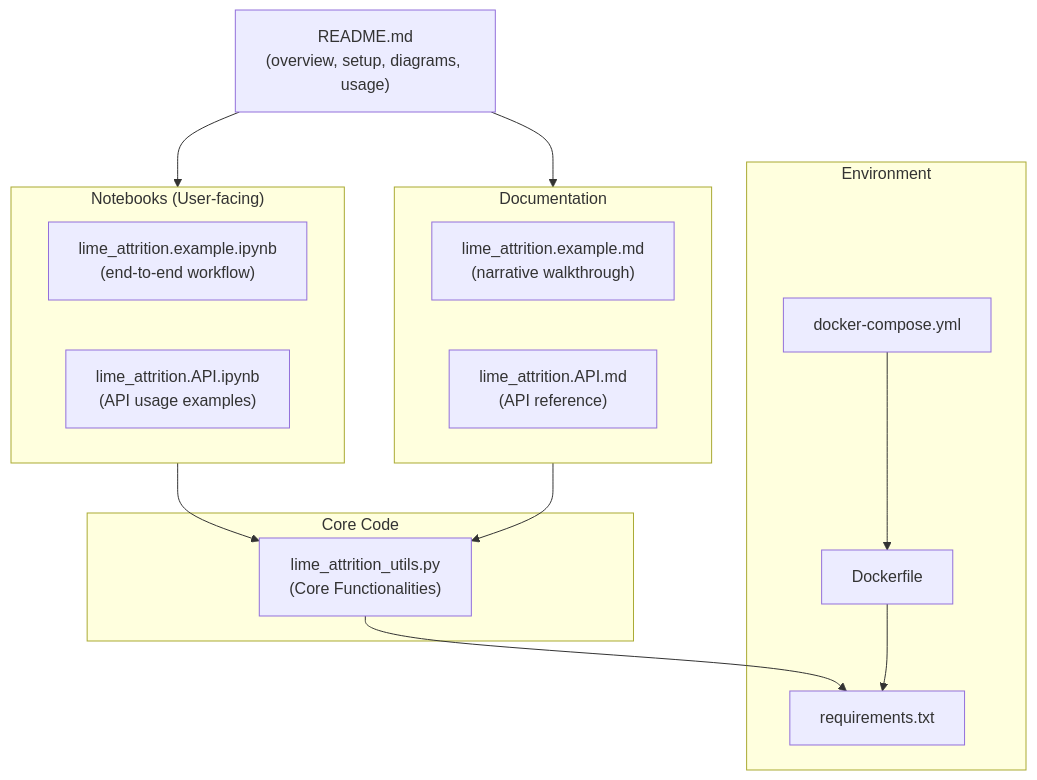
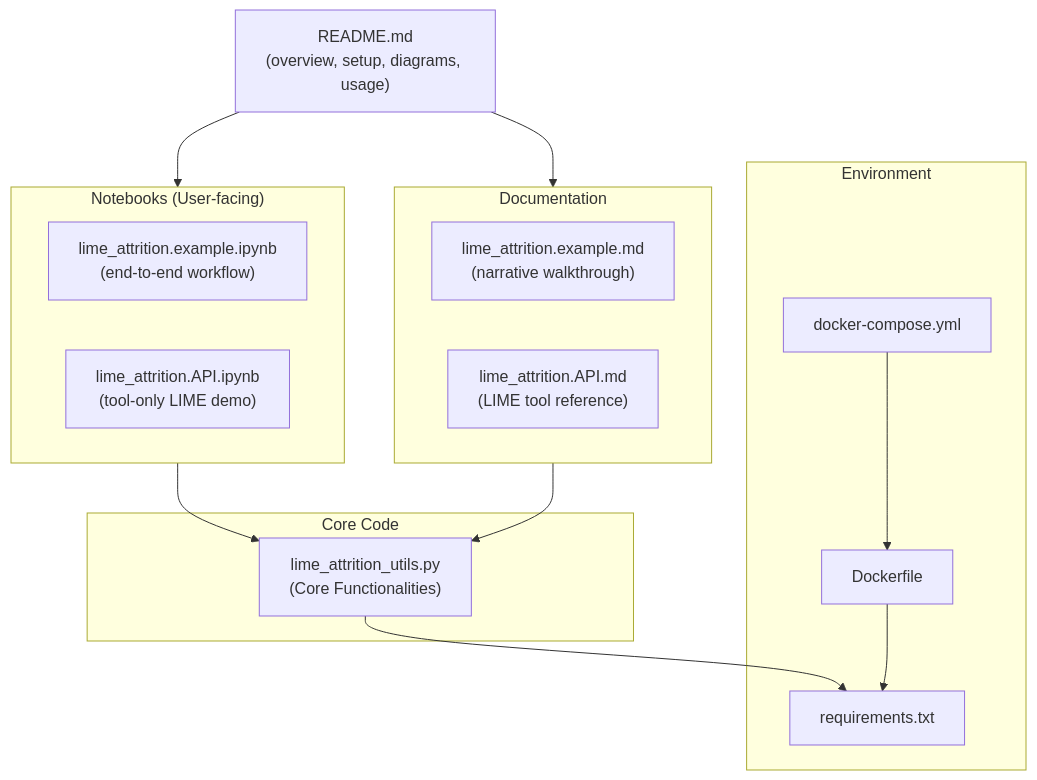
The first of 3 diagrams in class_project/MSML610/Fall2025/Projects/UmdTask62_Fall2025_LIME_Employee_Attrition_Prediction/README.md (gpsaggese/gpsaggese.github.io), drawn with Mermaid before and after one commit. The commit also changed other lines of this file and 4 other files, not shown here.

````diff
--- a/class_project/MSML610/Fall2025/Projects/UmdTask62_Fall2025_LIME_Employee_Attrition_Prediction/README.md
+++ b/class_project/MSML610/Fall2025/Projects/UmdTask62_Fall2025_LIME_Employee_Attrition_Prediction/README.md
@@ -186,32 +193,32 @@
 ```mermaid
 flowchart TB
   R["README.md<br/>(overview, setup, diagrams, usage)"]
 
   subgraph NB["Notebooks (User-facing)"]
     N1["lime_attrition.example.ipynb<br/>(end-to-end workflow)"]
-    N2["lime_attrition.API.ipynb<br/>(API usage examples)"]
+    N2["lime_attrition.API.ipynb<br/>(tool-only LIME demo)"]
   end
 
   subgraph DOC["Documentation"]
     D1["lime_attrition.example.md<br/>(narrative walkthrough)"]
-    D2["lime_attrition.API.md<br/>(API reference)"]
+    D2["lime_attrition.API.md<br/>(LIME tool reference)"]
   end
 
   subgraph CORE["Core Code"]
     U1["lime_attrition_utils.py<br/>(Core Functionalities)"]
   end
 
   subgraph ENV["Environment"]
     E1["requirements.txt"]
     E2["Dockerfile"]
     E3["docker-compose.yml"]
   end
 
   R --> NB
   R --> DOC
   NB --> U1
   DOC --> U1
   U1 --> E1
   E2 --> E1
   E3 --> E2
 ```
````
